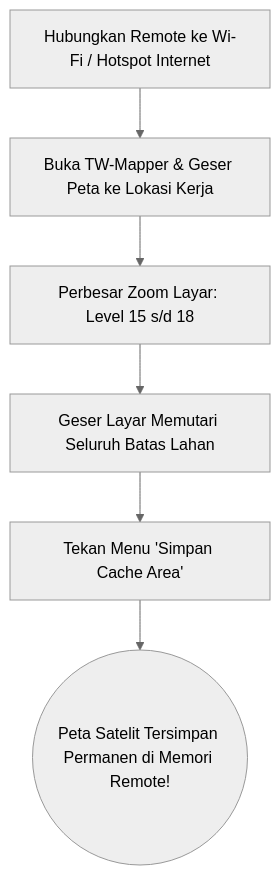
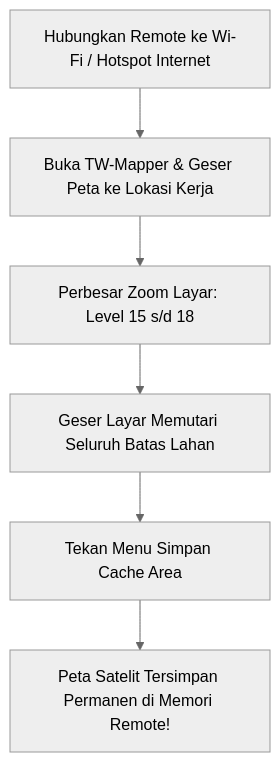
The diagram in src/content/docs/tools-lapangan/peta-offline.md (TW-Enterprise/TW-Mapper-Mobile-Docs), drawn with Mermaid (neutral theme) before and after one commit. The commit also changed 12 other files, not shown here.

Commit message:
fix(docs): quote all mermaid node labels and subgraph titles to prevent syntax errors

````diff
--- a/src/content/docs/tools-lapangan/peta-offline.md
+++ b/src/content/docs/tools-lapangan/peta-offline.md
@@ -16,8 +16,8 @@
 ```mermaid
 flowchart TD
-    A[Hubungkan Remote ke Wi-Fi / Hotspot Internet] --> B[Buka TW-Mapper & Geser Peta ke Lokasi Kerja]
-    B --> C[Perbesar Zoom Layar: Level 15 s/d 18]
-    C --> D[Geser Layar Memutari Seluruh Batas Lahan]
-    D --> E[Tekan Menu 'Simpan Cache Area']
-    E --> F((Peta Satelit Tersimpan Permanen di Memori Remote!))
+    A["Hubungkan Remote ke Wi-Fi / Hotspot Internet"] --> B["Buka TW-Mapper & Geser Peta ke Lokasi Kerja"]
+    B --> C["Perbesar Zoom Layar: Level 15 s/d 18"]
+    C --> D["Geser Layar Memutari Seluruh Batas Lahan"]
+    D --> E["Tekan Menu Simpan Cache Area"]
+    E --> F["Peta Satelit Tersimpan Permanen di Memori Remote!"]
 ```
````
